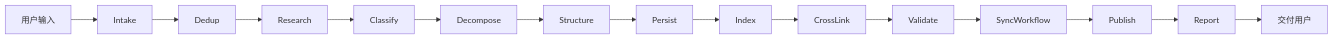
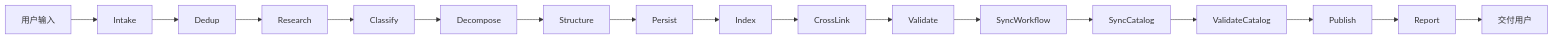
The diagram in docs/WORKFLOW.md (xzcjx/ai-study-center), drawn with Mermaid before and after one commit. The commit also changed other lines of this file and 8 other files, not shown here.

First line of the commit message:
fix(ingest): H13c catalog 校验门禁 + 修复 sync 表格误解析

````diff
--- a/docs/WORKFLOW.md
+++ b/docs/WORKFLOW.md
@@ -9,17 +9,19 @@
 ```mermaid
 flowchart LR
   U[用户输入] --> H01
   H01[Intake] --> H02[Dedup]
   H02 --> H03[Research]
   H03 --> H04[Classify]
   H04 --> H05[Decompose]
   H05 --> H06[Structure]
   H06 --> H07[Persist]
   H07 --> H08[Index]
   H08 --> H09[CrossLink]
   H09 --> H10[Validate]
   H10 --> H13[SyncWorkflow]
-  H13 --> H12[Publish]
+  H13 --> H13b[SyncCatalog]
+  H13b --> H13c[ValidateCatalog]
+  H13c --> H12[Publish]
   H12 --> H11[Report]
   H11 --> D[交付用户]
 ```
````
